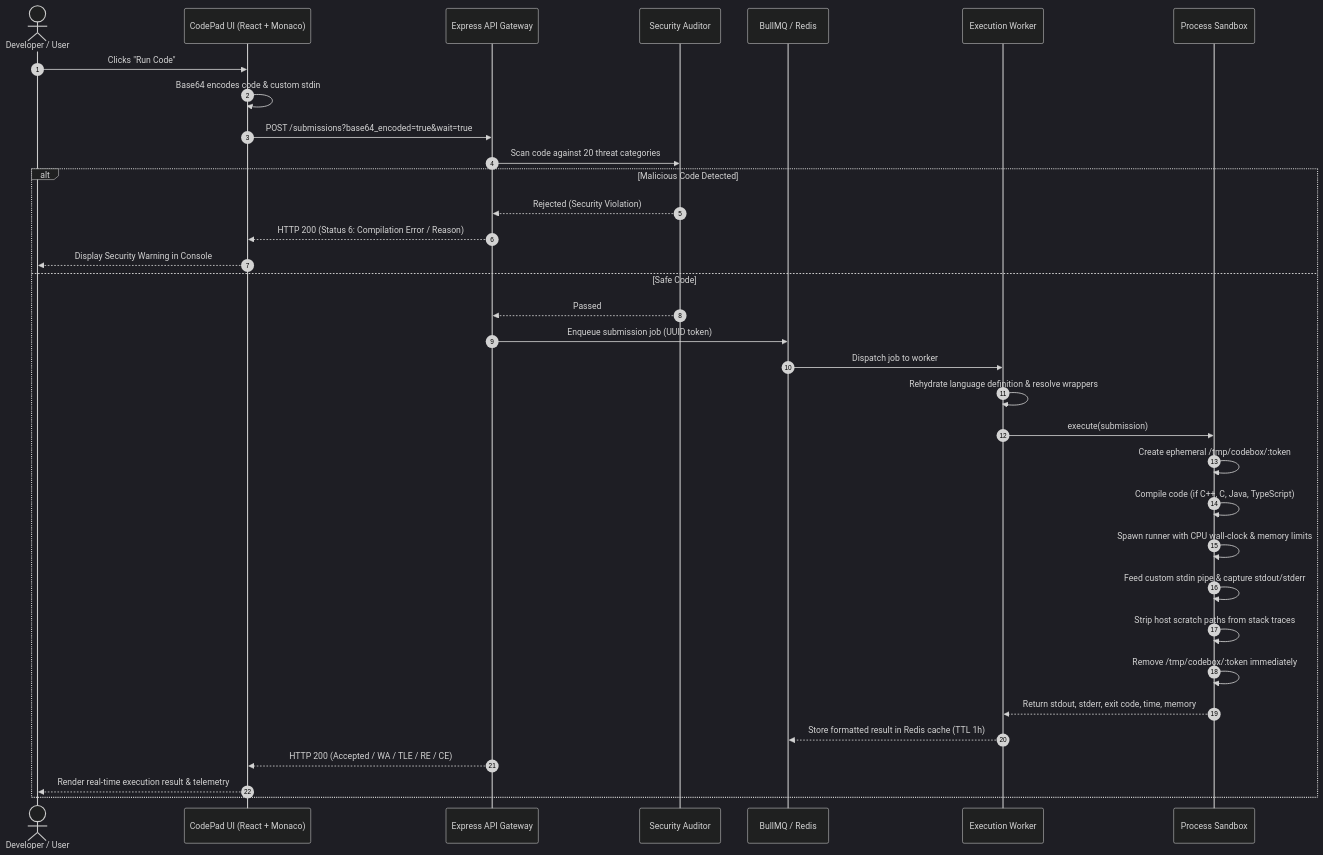
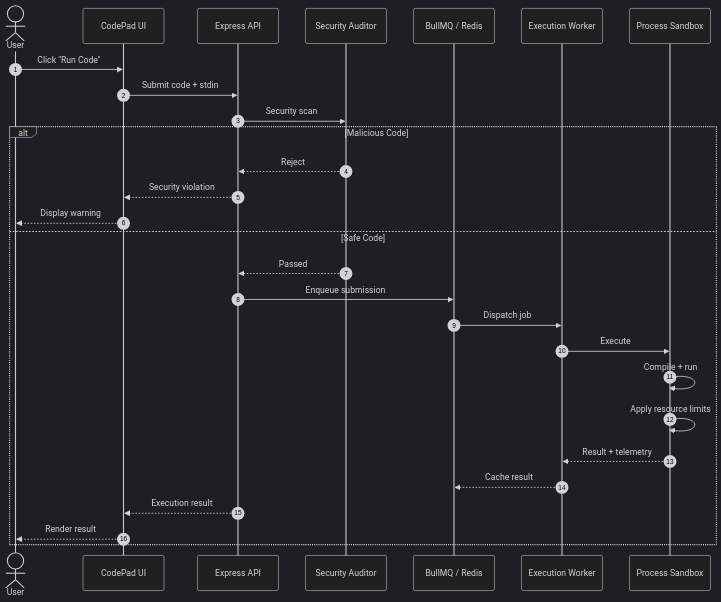
Before and after one commit to abhinandanmishra1/Leetcode-Ide: the second of 2 diagrams in README.md, drawn with Mermaid (dark theme). The commit also changed other lines of this file, not shown here.

````diff
--- a/README.md
+++ b/README.md
@@ -74,38 +78,32 @@
 ```mermaid
 sequenceDiagram
     autonumber
-    actor User as Developer / User
-    participant Frontend as CodePad UI (React + Monaco)
-    participant API as Express API Gateway
+    actor User
+    participant Frontend as CodePad UI
+    participant API as Express API
     participant Auditor as Security Auditor
-    participant Redis as BullMQ / Redis
+    participant Queue as BullMQ / Redis
     participant Worker as Execution Worker
     participant Sandbox as Process Sandbox
 
-    User->>Frontend: Clicks "Run Code"
-    Frontend->>Frontend: Base64 encodes code & custom stdin
-    Frontend->>API: POST /submissions?base64_encoded=true&wait=true
-    API->>Auditor: Scan code against 20 threat categories
-    
-    alt Malicious Code Detected
-        Auditor-->>API: Rejected (Security Violation)
-        API-->>Frontend: HTTP 200 (Status 6: Compilation Error / Reason)
-        Frontend-->>User: Display Security Warning in Console
+    User->>Frontend: Click "Run Code"
+    Frontend->>API: Submit code + stdin
+    API->>Auditor: Security scan
+
+    alt Malicious Code
+        Auditor-->>API: Reject
+        API-->>Frontend: Security violation
+        Frontend-->>User: Display warning
     else Safe Code
         Auditor-->>API: Passed
-        API->>Redis: Enqueue submission job (UUID token)
-        Redis->>Worker: Dispatch job to worker
-        Worker->>Worker: Rehydrate language definition & resolve wrappers
-        Worker->>Sandbox: execute(submission)
-        Sandbox->>Sandbox: Create ephemeral /tmp/codebox/:token
-        Sandbox->>Sandbox: Compile code (if C++, C, Java, TypeScript)
-        Sandbox->>Sandbox: Spawn runner with CPU wall-clock & memory limits
-        Sandbox->>Sandbox: Feed custom stdin pipe & capture stdout/stderr
-        Sandbox->>Sandbox: Strip host scratch paths from stack traces
-        Sandbox->>Sandbox: Remove /tmp/codebox/:token immediately
-        Sandbox-->>Worker: Return stdout, stderr, exit code, time, memory
-        Worker-->>Redis: Store formatted result in Redis cache (TTL 1h)
-        API-->>Frontend: HTTP 200 (Accepted / WA / TLE / RE / CE)
-        Frontend-->>User: Render real-time execution result & telemetry
+        API->>Queue: Enqueue submission
+        Queue->>Worker: Dispatch job
+        Worker->>Sandbox: Execute
+        Sandbox->>Sandbox: Compile + run
+        Sandbox->>Sandbox: Apply resource limits
+        Sandbox-->>Worker: Result + telemetry
+        Worker-->>Queue: Cache result
+        API-->>Frontend: Execution result
+        Frontend-->>User: Render result
     end
 ```
````
